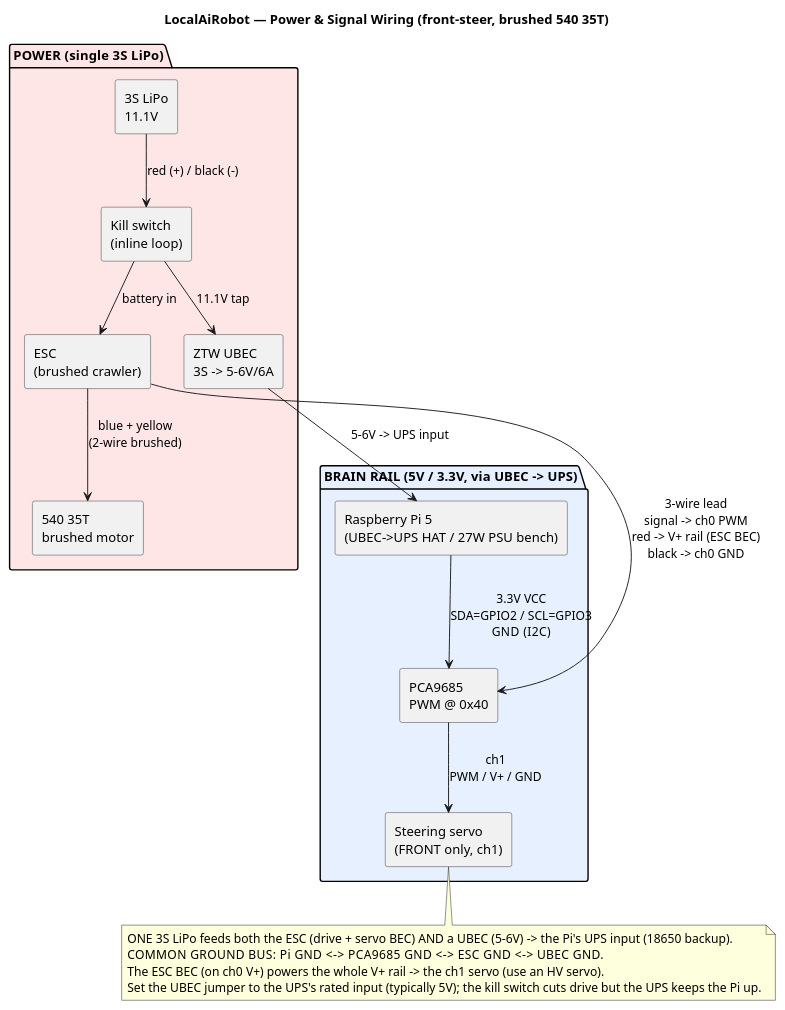
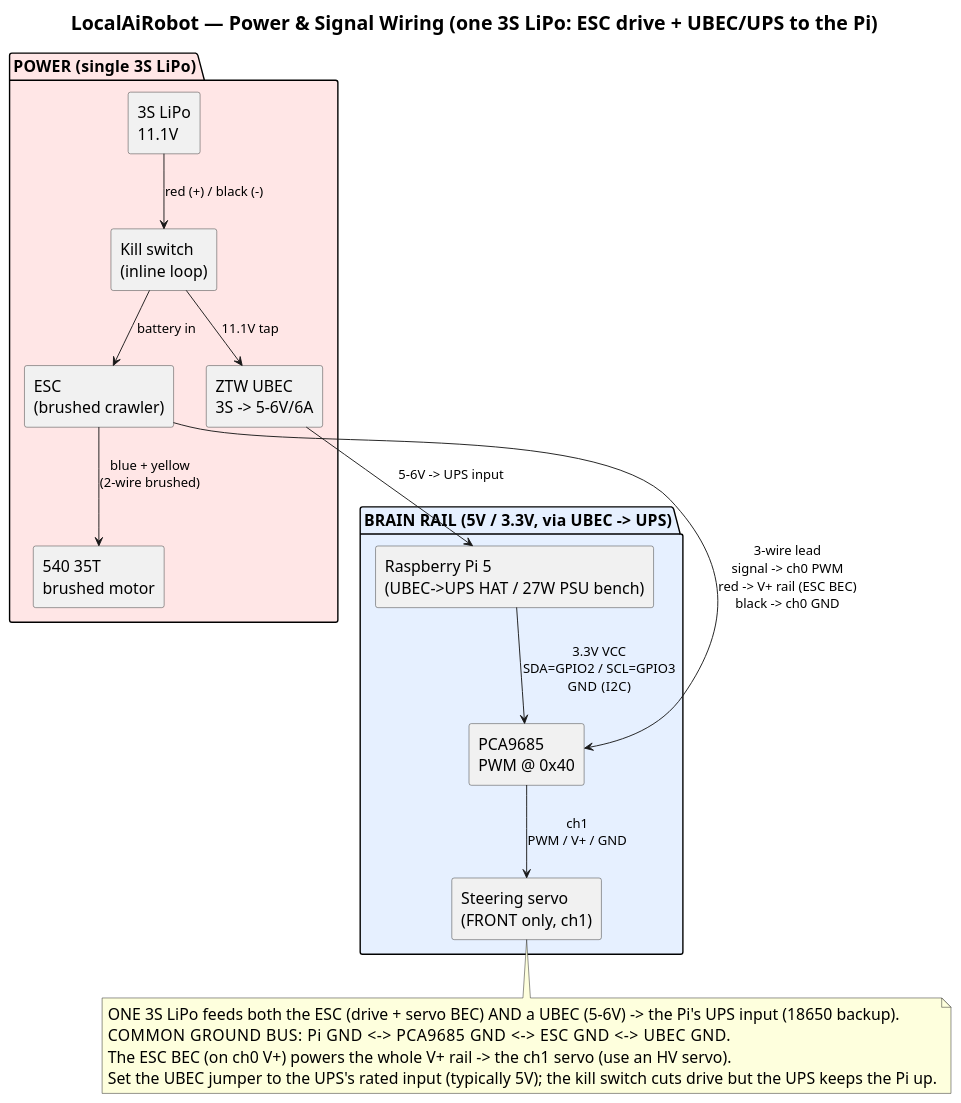
Before and after one commit to shen747/LocalAiRobot: the diagram in docs/wiring/diagrams/wiring-overview.puml, drawn with PlantUML. The commit also changed 8 other files, not shown here.

Commit message:
update diagrams and fix explore json parser fix

```diff
--- a/docs/wiring/diagrams/wiring-overview.puml
+++ b/docs/wiring/diagrams/wiring-overview.puml
@@ -1,38 +1,44 @@
 @startuml wiring-overview
-title LocalAiRobot — Power & Signal Wiring (front-steer, brushed 540 35T)
+top to bottom direction
+title LocalAiRobot — Power & Signal Wiring (one 3S LiPo: ESC drive + UBEC/UPS to the Pi)
 
 skinparam shadowing false
+skinparam defaultFontName Helvetica
+skinparam defaultFontSize 17
+skinparam TitleFontSize 21
+skinparam ArrowFontSize 14
 skinparam rectangle {
+  FontSize 17
   BorderColor #333333
 }
 
 package "POWER  (single 3S LiPo)" #ffe6e6 {
   rectangle "3S LiPo\n11.1V" as LIPO
   rectangle "Kill switch\n(inline loop)" as KILL
   rectangle "ESC\n(brushed crawler)" as ESC
   rectangle "540 35T\nbrushed motor" as MOTOR
   rectangle "ZTW UBEC\n3S -> 5-6V/6A" as UBEC
 }
 
 package "BRAIN RAIL  (5V / 3.3V, via UBEC -> UPS)" #e6f0ff {
   rectangle "Raspberry Pi 5\n(UBEC->UPS HAT / 27W PSU bench)" as PI
   rectangle "PCA9685\nPWM @ 0x40" as PCA
   rectangle "Steering servo\n(FRONT only, ch1)" as SERVO
 }
 
 LIPO  --> KILL  : red (+) / black (-)
 KILL  --> ESC   : battery in
 KILL  --> UBEC  : 11.1V tap
 UBEC  --> PI    : 5-6V -> UPS input
 ESC   --> MOTOR : blue + yellow\n(2-wire brushed)
 ESC   --> PCA   : 3-wire lead\nsignal -> ch0 PWM\nred -> V+ rail (ESC BEC)\nblack -> ch0 GND
 PCA   --> SERVO : ch1\nPWM / V+ / GND
 PI    --> PCA   : 3.3V VCC\nSDA=GPIO2 / SCL=GPIO3\nGND  (I2C)
 
 note bottom
   ONE 3S LiPo feeds both the ESC (drive + servo BEC) AND a UBEC (5-6V) -> the Pi's UPS input (18650 backup).
   COMMON GROUND BUS:  Pi GND  <->  PCA9685 GND  <->  ESC GND  <->  UBEC GND.
   The ESC BEC (on ch0 V+) powers the whole V+ rail -> the ch1 servo (use an HV servo).
   Set the UBEC jumper to the UPS's rated input (typically 5V); the kill switch cuts drive but the UPS keeps the Pi up.
 end note
 @enduml
```
